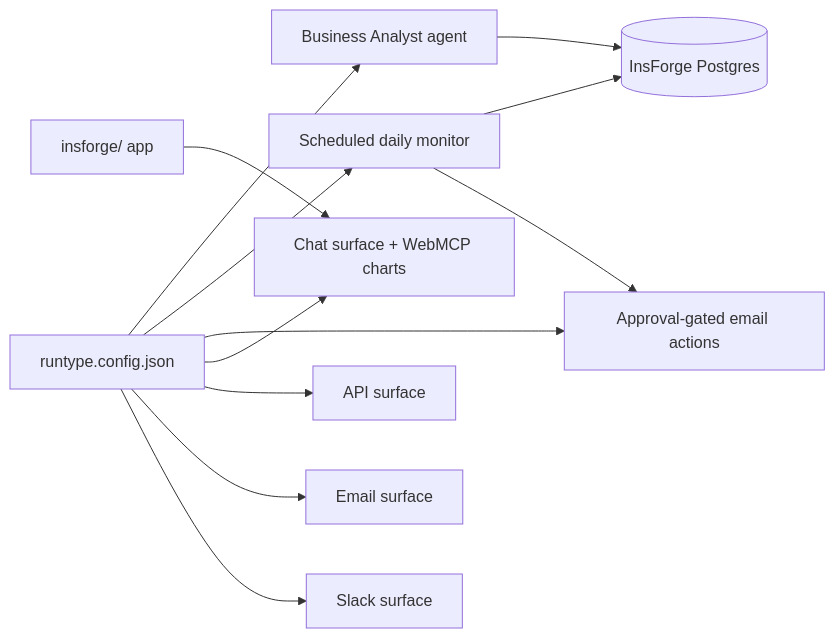
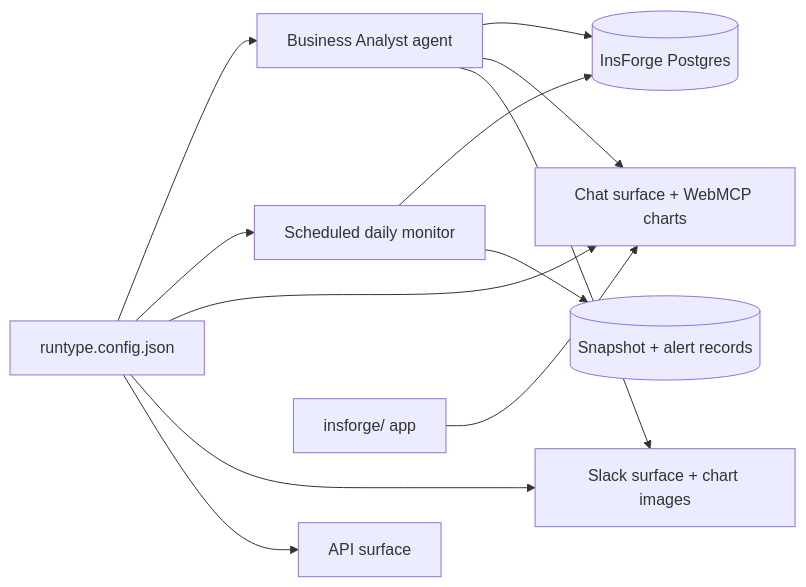
One commit to runtypelabs/ai-data-visualization changed the diagram in README.md. Above: the diagram before and after it, drawn with Mermaid. The commit also changed other lines of this file and 8 other files, not shown here.

First line of the commit message:
Remove email surface and actions; Slack is the multi-surface example

````diff
--- a/README.md
+++ b/README.md
@@ -51,14 +50,14 @@
 ```mermaid
 flowchart LR
   Config[runtype.config.json] --> Analyst[Business Analyst agent]
   Config --> Monitor[Scheduled daily monitor]
-  Config --> Email[Approval-gated email actions]
   Config --> Chat[Chat surface + WebMCP charts]
+  Config --> Slack[Slack surface + chart images]
   Config --> API[API surface]
-  Config --> EmailSurface[Email surface]
-  Config --> Slack[Slack surface]
   App[insforge/ app] --> Chat
   Analyst --> DB[(InsForge Postgres)]
+  Analyst --> Chat
+  Analyst --> Slack
   Monitor --> DB
-  Monitor --> Email
+  Monitor --> Records[(Snapshot + alert records)]
 ```
````
